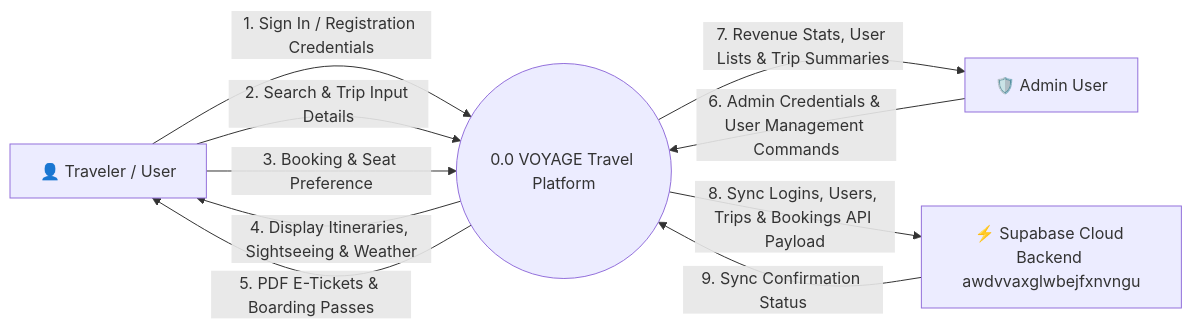
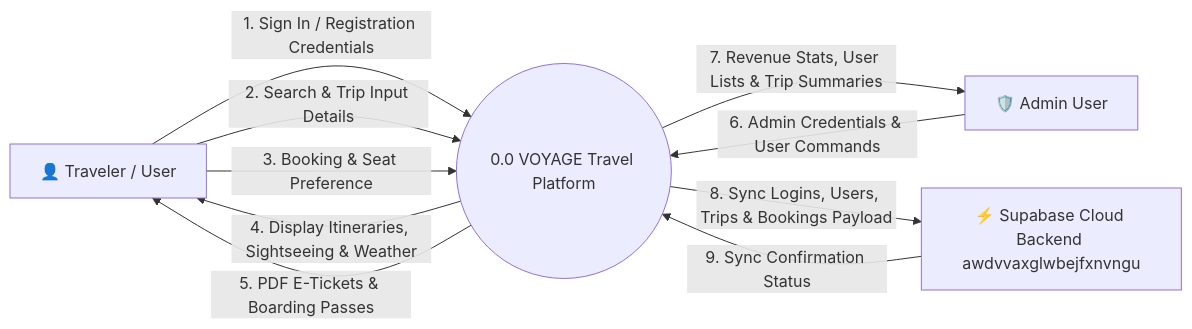
One commit to pranaykumarsingh06/Mini-Project changed the fourth of 7 diagrams in SYSTEM_DIAGRAMS.md. Above: the diagram before and after it, drawn with Mermaid. The commit also changed other lines of this file and 2 other files, not shown here.

Commit message:
Embed all system design diagrams as rendered Mermaid.js blocks in PROJECT_REPORT.md and SYSTEM_DIAGRAMS.md

````diff
--- a/SYSTEM_DIAGRAMS.md
+++ b/SYSTEM_DIAGRAMS.md
@@ -177,15 +149,15 @@
 ```mermaid
 graph LR
     User[👤 Traveler / User] -->|1. Sign In / Registration Credentials| VoyageSystem((0.0 VOYAGE Travel Platform))
     User -->|2. Search & Trip Input Details| VoyageSystem
     User -->|3. Booking & Seat Preference| VoyageSystem
 
     VoyageSystem -->|4. Display Itineraries, Sightseeing & Weather| User
     VoyageSystem -->|5. PDF E-Tickets & Boarding Passes| User
 
-    Admin[🛡️ Admin User] -->|6. Admin Credentials & User Management Commands| VoyageSystem
+    Admin[🛡️ Admin User] -->|6. Admin Credentials & User Commands| VoyageSystem
     VoyageSystem -->|7. Revenue Stats, User Lists & Trip Summaries| Admin
 
-    VoyageSystem -->|8. Sync Logins, Users, Trips & Bookings API Payload| Supabase[⚡ Supabase Cloud Backend awdvvaxglwbejfxnvngu]
+    VoyageSystem -->|8. Sync Logins, Users, Trips & Bookings Payload| Supabase[⚡ Supabase Cloud Backend awdvvaxglwbejfxnvngu]
     Supabase -->|9. Sync Confirmation Status| VoyageSystem
 ```
````
